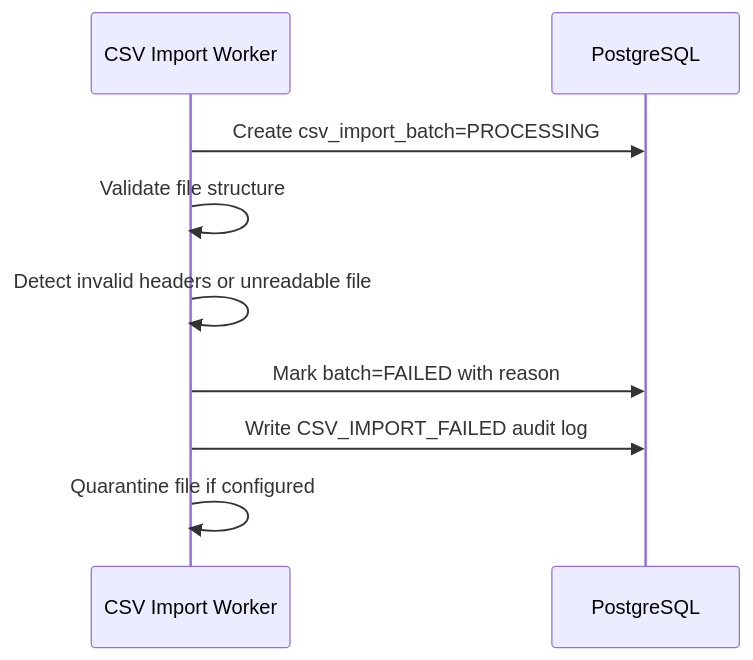
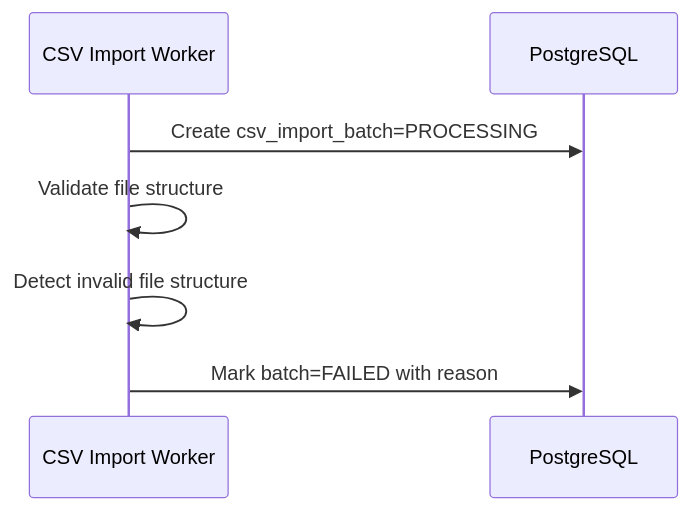
The third of 4 diagrams in blueprint/specs/csv-import.md (NguyenThanhTien539/unihub-workshop-system), drawn with Mermaid before and after one commit. The commit also changed other lines of this file and 8 other files, not shown here.

````diff
--- a/blueprint/specs/csv-import.md
+++ b/blueprint/specs/csv-import.md
@@ -114,12 +109,10 @@
 ```mermaid
 sequenceDiagram
     participant W as CSV Import Worker
     participant DB as PostgreSQL
 
     W->>DB: Create csv_import_batch=PROCESSING
     W->>W: Validate file structure
-    W->>W: Detect invalid headers or unreadable file
+    W->>W: Detect invalid file structure
     W->>DB: Mark batch=FAILED with reason
-    W->>DB: Write CSV_IMPORT_FAILED audit log
-    W->>W: Quarantine file if configured
 ```
````
